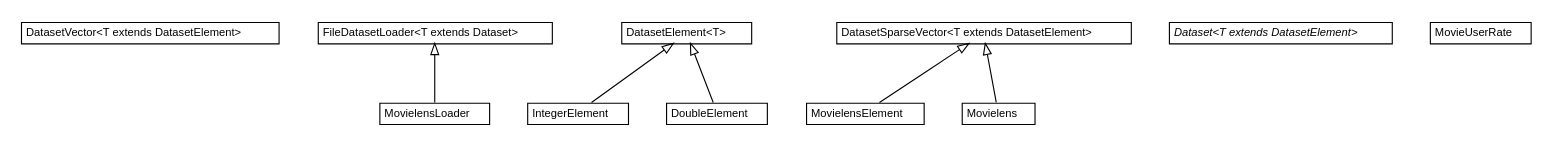
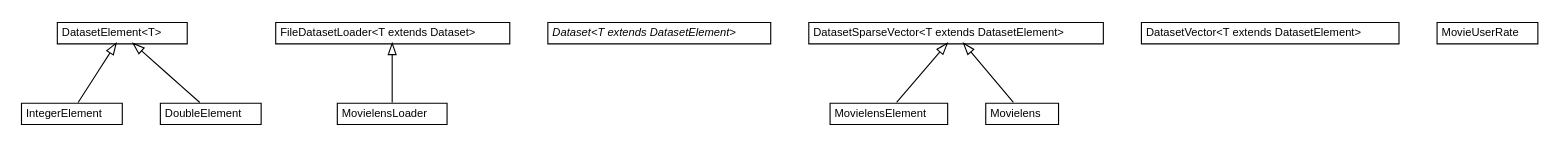
One commit to UnicaLabs-CS/Foresee changed the diagram in docs/it/unica/foresee/datasets/it.unica.foresee.datasets.dot. Above: the diagram before and after it, drawn with Graphviz. The commit also changed 166 other files, not shown here.

```diff
--- a/docs/it/unica/foresee/datasets/it.unica.foresee.datasets.dot
+++ b/docs/it/unica/foresee/datasets/it.unica.foresee.datasets.dot
@@ -1,88 +1,88 @@
 #!/usr/local/bin/dot
 #
 # Class diagram 
 # Generated by UMLGraph version 5.2 (http://www.umlgraph.org/)
 #
 
 digraph G {
 	edge [fontname="Helvetica",fontsize=10,labelfontname="Helvetica",labelfontsize=10];
 	node [fontname="Helvetica",fontsize=10,shape=plaintext];
 	nodesep=0.25;
 	ranksep=0.5;
+	// it.unica.foresee.datasets.DatasetElement<T>
+	c83 [label=<<table title="it.unica.foresee.datasets.DatasetElement" border="0" cellborder="1" cellspacing="0" cellpadding="2" port="p" href="./DatasetElement.html">
+		<tr><td><table border="0" cellspacing="0" cellpadding="1">
+<tr><td align="center" balign="center"> DatasetElement&lt;T&gt; </td></tr>
+		</table></td></tr>
+		</table>>, fontname="Helvetica", fontcolor="black", fontsize=10.0];
+	// it.unica.foresee.datasets.MovielensLoader
+	c84 [label=<<table title="it.unica.foresee.datasets.MovielensLoader" border="0" cellborder="1" cellspacing="0" cellpadding="2" port="p" href="./MovielensLoader.html">
+		<tr><td><table border="0" cellspacing="0" cellpadding="1">
+<tr><td align="center" balign="center"> MovielensLoader </td></tr>
+		</table></td></tr>
+		</table>>, fontname="Helvetica", fontcolor="black", fontsize=10.0];
+	// it.unica.foresee.datasets.Dataset<T extends it.unica.foresee.datasets.interfaces.DatasetElement>
+	c85 [label=<<table title="it.unica.foresee.datasets.Dataset" border="0" cellborder="1" cellspacing="0" cellpadding="2" port="p" href="./Dataset.html">
+		<tr><td><table border="0" cellspacing="0" cellpadding="1">
+<tr><td align="center" balign="center"><font face="Helvetica-Oblique"> Dataset&lt;T extends DatasetElement&gt; </font></td></tr>
+		</table></td></tr>
+		</table>>, fontname="Helvetica", fontcolor="black", fontsize=10.0];
+	// it.unica.foresee.datasets.DatasetSparseVector<T extends it.unica.foresee.datasets.interfaces.DatasetElement>
+	c86 [label=<<table title="it.unica.foresee.datasets.DatasetSparseVector" border="0" cellborder="1" cellspacing="0" cellpadding="2" port="p" href="./DatasetSparseVector.html">
+		<tr><td><table border="0" cellspacing="0" cellpadding="1">
+<tr><td align="center" balign="center"> DatasetSparseVector&lt;T extends DatasetElement&gt; </td></tr>
+		</table></td></tr>
+		</table>>, fontname="Helvetica", fontcolor="black", fontsize=10.0];
 	// it.unica.foresee.datasets.DatasetVector<T extends it.unica.foresee.datasets.interfaces.DatasetElement>
 	c87 [label=<<table title="it.unica.foresee.datasets.DatasetVector" border="0" cellborder="1" cellspacing="0" cellpadding="2" port="p" href="./DatasetVector.html">
 		<tr><td><table border="0" cellspacing="0" cellpadding="1">
 <tr><td align="center" balign="center"> DatasetVector&lt;T extends DatasetElement&gt; </td></tr>
 		</table></td></tr>
 		</table>>, fontname="Helvetica", fontcolor="black", fontsize=10.0];
-	// it.unica.foresee.datasets.MovielensLoader
-	c88 [label=<<table title="it.unica.foresee.datasets.MovielensLoader" border="0" cellborder="1" cellspacing="0" cellpadding="2" port="p" href="./MovielensLoader.html">
+	// it.unica.foresee.datasets.MovielensElement
+	c88 [label=<<table title="it.unica.foresee.datasets.MovielensElement" border="0" cellborder="1" cellspacing="0" cellpadding="2" port="p" href="./MovielensElement.html">
 		<tr><td><table border="0" cellspacing="0" cellpadding="1">
-<tr><td align="center" balign="center"> MovielensLoader </td></tr>
+<tr><td align="center" balign="center"> MovielensElement </td></tr>
 		</table></td></tr>
 		</table>>, fontname="Helvetica", fontcolor="black", fontsize=10.0];
-	// it.unica.foresee.datasets.DatasetElement<T>
-	c89 [label=<<table title="it.unica.foresee.datasets.DatasetElement" border="0" cellborder="1" cellspacing="0" cellpadding="2" port="p" href="./DatasetElement.html">
+	// it.unica.foresee.datasets.MovieUserRate
+	c89 [label=<<table title="it.unica.foresee.datasets.MovieUserRate" border="0" cellborder="1" cellspacing="0" cellpadding="2" port="p" href="./MovieUserRate.html">
 		<tr><td><table border="0" cellspacing="0" cellpadding="1">
-<tr><td align="center" balign="center"> DatasetElement&lt;T&gt; </td></tr>
+<tr><td align="center" balign="center"> MovieUserRate </td></tr>
 		</table></td></tr>
 		</table>>, fontname="Helvetica", fontcolor="black", fontsize=10.0];
 	// it.unica.foresee.datasets.FileDatasetLoader<T extends it.unica.foresee.datasets.interfaces.Dataset>
 	c90 [label=<<table title="it.unica.foresee.datasets.FileDatasetLoader" border="0" cellborder="1" cellspacing="0" cellpadding="2" port="p" href="./FileDatasetLoader.html">
 		<tr><td><table border="0" cellspacing="0" cellpadding="1">
 <tr><td align="center" balign="center"> FileDatasetLoader&lt;T extends Dataset&gt; </td></tr>
 		</table></td></tr>
 		</table>>, fontname="Helvetica", fontcolor="black", fontsize=10.0];
-	// it.unica.foresee.datasets.DatasetSparseVector<T extends it.unica.foresee.datasets.interfaces.DatasetElement>
-	c91 [label=<<table title="it.unica.foresee.datasets.DatasetSparseVector" border="0" cellborder="1" cellspacing="0" cellpadding="2" port="p" href="./DatasetSparseVector.html">
-		<tr><td><table border="0" cellspacing="0" cellpadding="1">
-<tr><td align="center" balign="center"> DatasetSparseVector&lt;T extends DatasetElement&gt; </td></tr>
-		</table></td></tr>
-		</table>>, fontname="Helvetica", fontcolor="black", fontsize=10.0];
-	// it.unica.foresee.datasets.Dataset<T extends it.unica.foresee.datasets.interfaces.DatasetElement>
-	c92 [label=<<table title="it.unica.foresee.datasets.Dataset" border="0" cellborder="1" cellspacing="0" cellpadding="2" port="p" href="./Dataset.html">
-		<tr><td><table border="0" cellspacing="0" cellpadding="1">
-<tr><td align="center" balign="center"><font face="Helvetica-Oblique"> Dataset&lt;T extends DatasetElement&gt; </font></td></tr>
-		</table></td></tr>
-		</table>>, fontname="Helvetica", fontcolor="black", fontsize=10.0];
-	// it.unica.foresee.datasets.MovielensElement
-	c93 [label=<<table title="it.unica.foresee.datasets.MovielensElement" border="0" cellborder="1" cellspacing="0" cellpadding="2" port="p" href="./MovielensElement.html">
-		<tr><td><table border="0" cellspacing="0" cellpadding="1">
-<tr><td align="center" balign="center"> MovielensElement </td></tr>
-		</table></td></tr>
-		</table>>, fontname="Helvetica", fontcolor="black", fontsize=10.0];
-	// it.unica.foresee.datasets.MovieUserRate
-	c94 [label=<<table title="it.unica.foresee.datasets.MovieUserRate" border="0" cellborder="1" cellspacing="0" cellpadding="2" port="p" href="./MovieUserRate.html">
-		<tr><td><table border="0" cellspacing="0" cellpadding="1">
-<tr><td align="center" balign="center"> MovieUserRate </td></tr>
-		</table></td></tr>
-		</table>>, fontname="Helvetica", fontcolor="black", fontsize=10.0];
 	// it.unica.foresee.datasets.Movielens
-	c95 [label=<<table title="it.unica.foresee.datasets.Movielens" border="0" cellborder="1" cellspacing="0" cellpadding="2" port="p" href="./Movielens.html">
+	c91 [label=<<table title="it.unica.foresee.datasets.Movielens" border="0" cellborder="1" cellspacing="0" cellpadding="2" port="p" href="./Movielens.html">
 		<tr><td><table border="0" cellspacing="0" cellpadding="1">
 <tr><td align="center" balign="center"> Movielens </td></tr>
 		</table></td></tr>
 		</table>>, fontname="Helvetica", fontcolor="black", fontsize=10.0];
 	// it.unica.foresee.datasets.IntegerElement
-	c96 [label=<<table title="it.unica.foresee.datasets.IntegerElement" border="0" cellborder="1" cellspacing="0" cellpadding="2" port="p" href="./IntegerElement.html">
+	c92 [label=<<table title="it.unica.foresee.datasets.IntegerElement" border="0" cellborder="1" cellspacing="0" cellpadding="2" port="p" href="./IntegerElement.html">
 		<tr><td><table border="0" cellspacing="0" cellpadding="1">
 <tr><td align="center" balign="center"> IntegerElement </td></tr>
 		</table></td></tr>
 		</table>>, fontname="Helvetica", fontcolor="black", fontsize=10.0];
 	// it.unica.foresee.datasets.DoubleElement
-	c97 [label=<<table title="it.unica.foresee.datasets.DoubleElement" border="0" cellborder="1" cellspacing="0" cellpadding="2" port="p" href="./DoubleElement.html">
+	c93 [label=<<table title="it.unica.foresee.datasets.DoubleElement" border="0" cellborder="1" cellspacing="0" cellpadding="2" port="p" href="./DoubleElement.html">
 		<tr><td><table border="0" cellspacing="0" cellpadding="1">
 <tr><td align="center" balign="center"> DoubleElement </td></tr>
 		</table></td></tr>
 		</table>>, fontname="Helvetica", fontcolor="black", fontsize=10.0];
 	//it.unica.foresee.datasets.MovielensLoader extends it.unica.foresee.datasets.FileDatasetLoader
-	c90:p -> c88:p [dir=back,arrowtail=empty];
+	c90:p -> c84:p [dir=back,arrowtail=empty];
 	//it.unica.foresee.datasets.MovielensElement extends it.unica.foresee.datasets.DatasetSparseVector<it.unica.foresee.datasets.IntegerElement>
-	c91:p -> c93:p [dir=back,arrowtail=empty];
+	c86:p -> c88:p [dir=back,arrowtail=empty];
 	//it.unica.foresee.datasets.Movielens extends it.unica.foresee.datasets.DatasetSparseVector<it.unica.foresee.datasets.MovielensElement>
-	c91:p -> c95:p [dir=back,arrowtail=empty];
+	c86:p -> c91:p [dir=back,arrowtail=empty];
 	//it.unica.foresee.datasets.IntegerElement extends it.unica.foresee.datasets.DatasetElement<java.lang.Integer>
-	c89:p -> c96:p [dir=back,arrowtail=empty];
+	c83:p -> c92:p [dir=back,arrowtail=empty];
 	//it.unica.foresee.datasets.DoubleElement extends it.unica.foresee.datasets.DatasetElement<java.lang.Double>
-	c89:p -> c97:p [dir=back,arrowtail=empty];
+	c83:p -> c93:p [dir=back,arrowtail=empty];
 }
```
